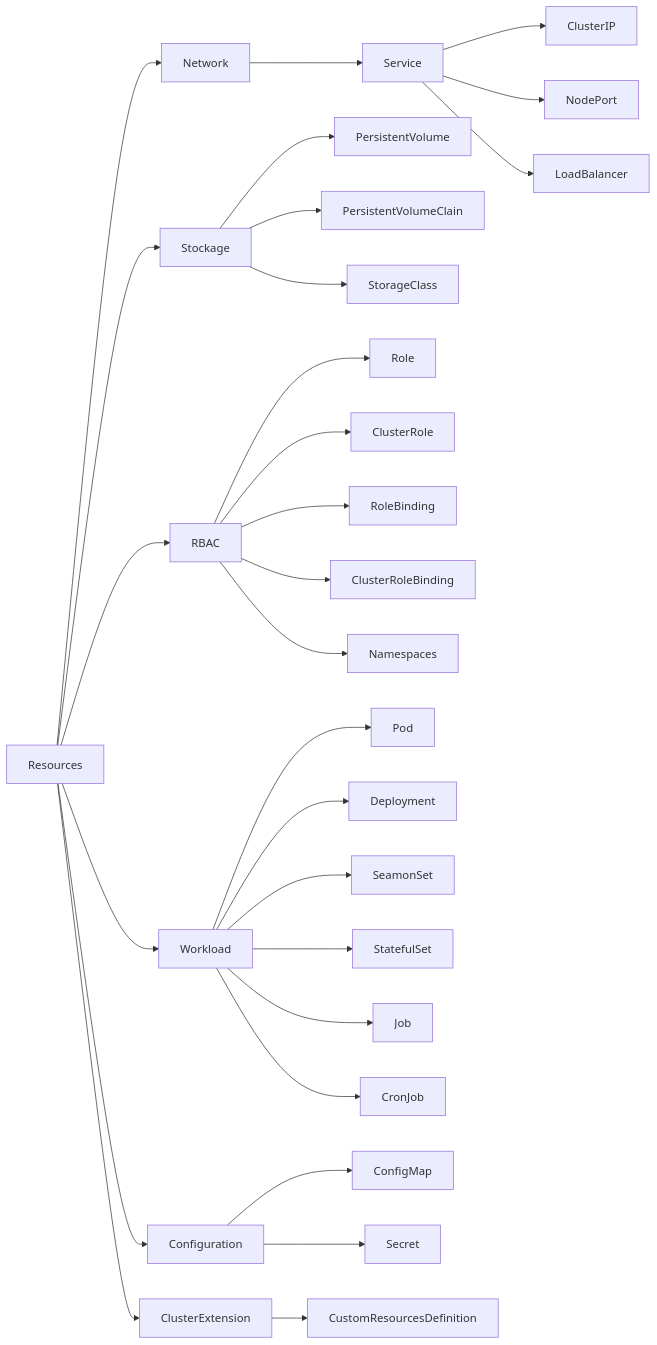
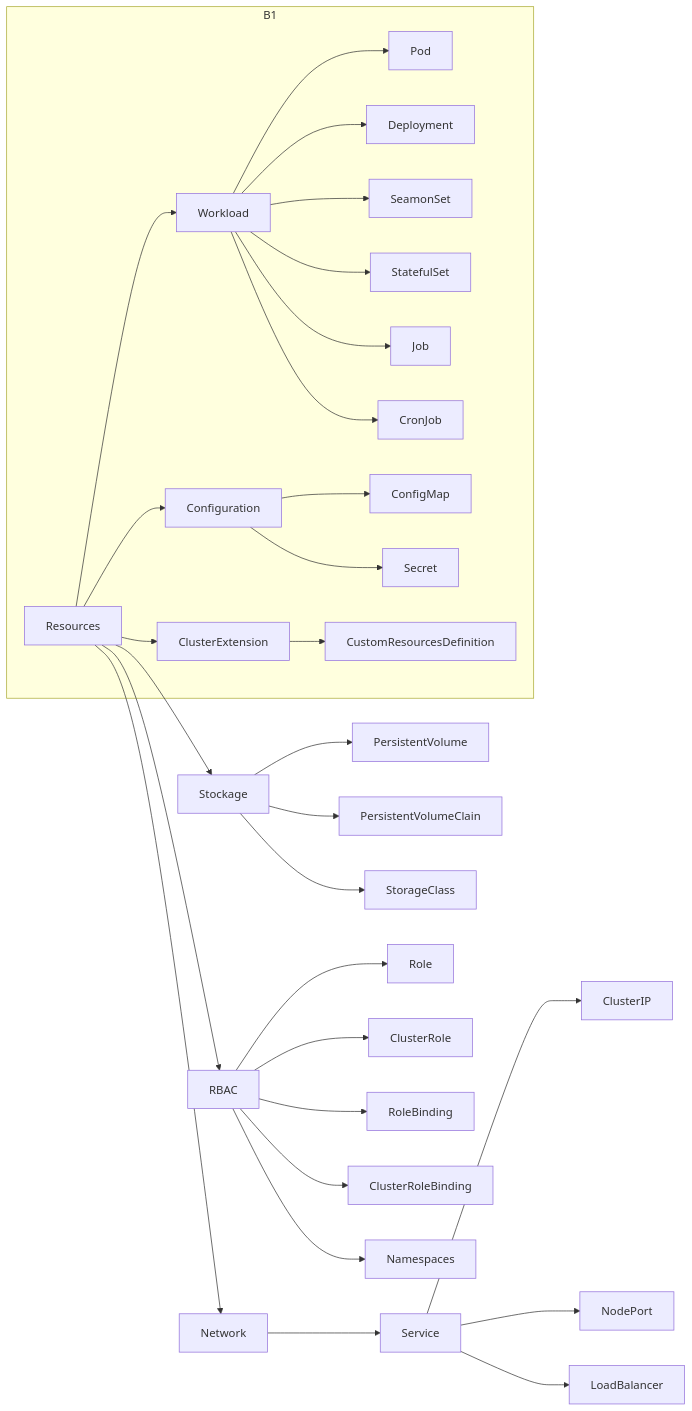
Before and after one commit to babelcodes/containerization: the diagram in kubernetes/README.md, drawn with Mermaid.

Commit message:
feat(kubernetes): resources mindmap #11

````diff
--- a/kubernetes/README.md
+++ b/kubernetes/README.md
@@ -85,36 +85,38 @@
 ```mermaid
 flowchart LR
     Resources --> Network
     Network --> Service
     Service --> ClusterIP
     Service --> NodePort
     Service --> LoadBalancer
     
     Resources --> Stockage
     Stockage --> PersistentVolume
     Stockage --> PersistentVolumeClain
     Stockage --> StorageClass
     
     Resources --> RBAC
     RBAC --> Role
     RBAC --> ClusterRole
     RBAC --> RoleBinding
     RBAC --> ClusterRoleBinding
     RBAC --> Namespaces
     
     direction RL
-    Resources --> Workload
-    Workload --> Pod
-    Workload --> Deployment
-    Workload --> SeamonSet
-    Workload --> StatefulSet
-    Workload --> Job
-    Workload --> CronJob
-
-    Resources --> Configuration
-    Configuration --> ConfigMap
-    Configuration --> Secret
-
-    Resources --> ClusterExtension
-    ClusterExtension --> CustomResourcesDefinition
+    subgraph B1
+      Resources --> Workload
+      Workload --> Pod
+      Workload --> Deployment
+      Workload --> SeamonSet
+      Workload --> StatefulSet
+      Workload --> Job
+      Workload --> CronJob
+  
+      Resources --> Configuration
+      Configuration --> ConfigMap
+      Configuration --> Secret
+  
+      Resources --> ClusterExtension
+      ClusterExtension --> CustomResourcesDefinition
+    end
 ```
````
